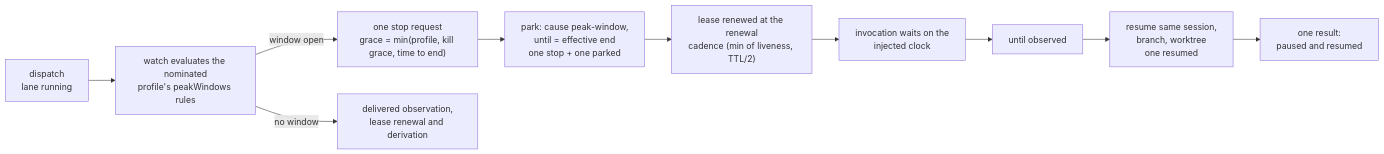
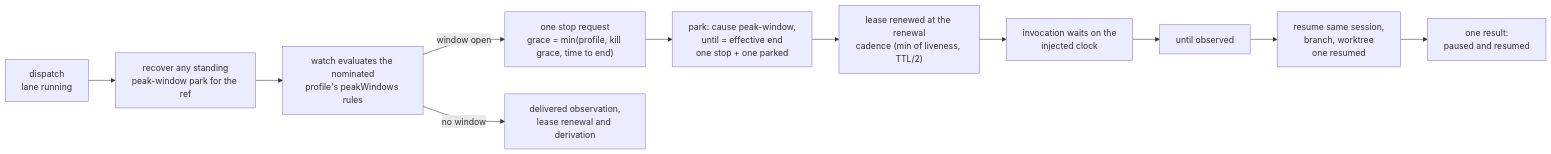
Before and after one commit to juliusz-cwiakalski/agentic-delivery-os: the first of 2 diagrams in doc/changes/2026-11/2026-11-26--GH-413--peak-pausing-dispatch-lane/chg-GH-413-spec.md, drawn with Mermaid. The commit also changed other lines of this file and 6 other files, not shown here.

````diff
--- a/doc/changes/2026-11/2026-11-26--GH-413--peak-pausing-dispatch-lane/chg-GH-413-spec.md
+++ b/doc/changes/2026-11/2026-11-26--GH-413--peak-pausing-dispatch-lane/chg-GH-413-spec.md
@@ -174,12 +174,13 @@
 ```mermaid
 flowchart LR
-  A["dispatch <ref><br/>lane running"] --> B["watch evaluates the nominated<br/>profile's peakWindows rules"]
+  A["dispatch <ref><br/>lane running"] --> R["recover any standing<br/>peak-window park for the ref"]
+  R --> B["watch evaluates the nominated<br/>profile's peakWindows rules"]
   B -->|"window open"| C["one stop request<br/>grace = min(profile, kill grace, time to end)"]
   C --> D["park: cause peak-window,<br/>until = effective end<br/>one stop + one parked"]
   D --> E["lease renewed at the renewal<br/>cadence (min of liveness, TTL/2)"]
   E --> F["invocation waits on the<br/>injected clock"]
   F --> G["until observed"]
   G --> H["resume same session,<br/>branch, worktree<br/>one resumed"]
   H --> I["one result:<br/>paused and resumed"]
   B -->|"no window"| J["delivered observation,<br/>lease renewal and derivation"]
 ```
````
